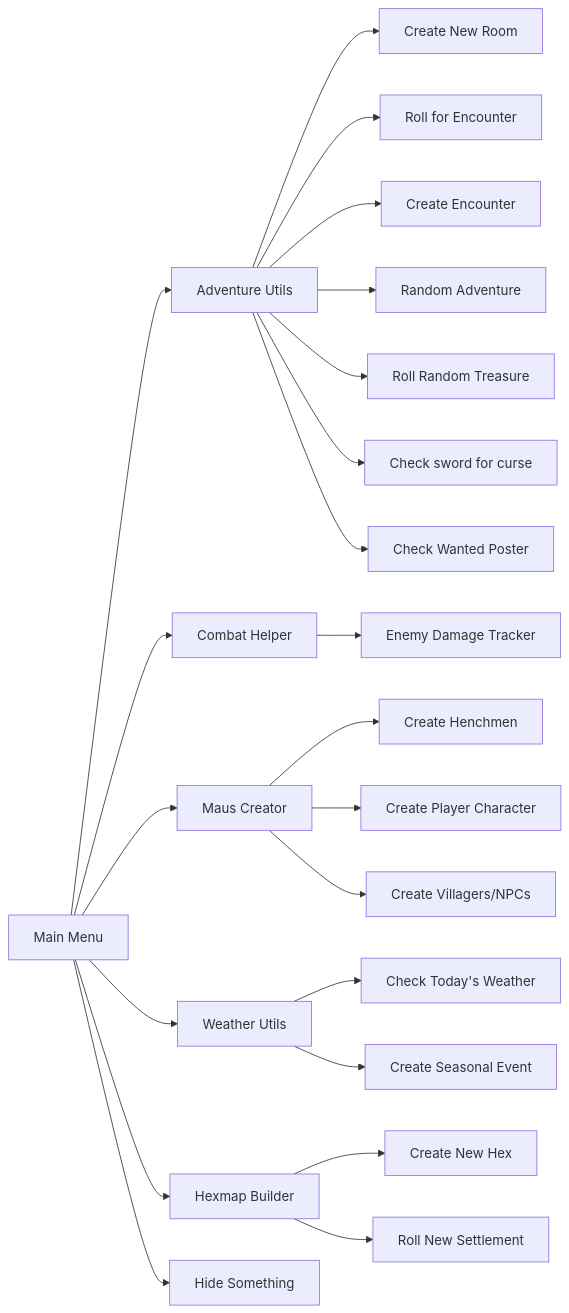
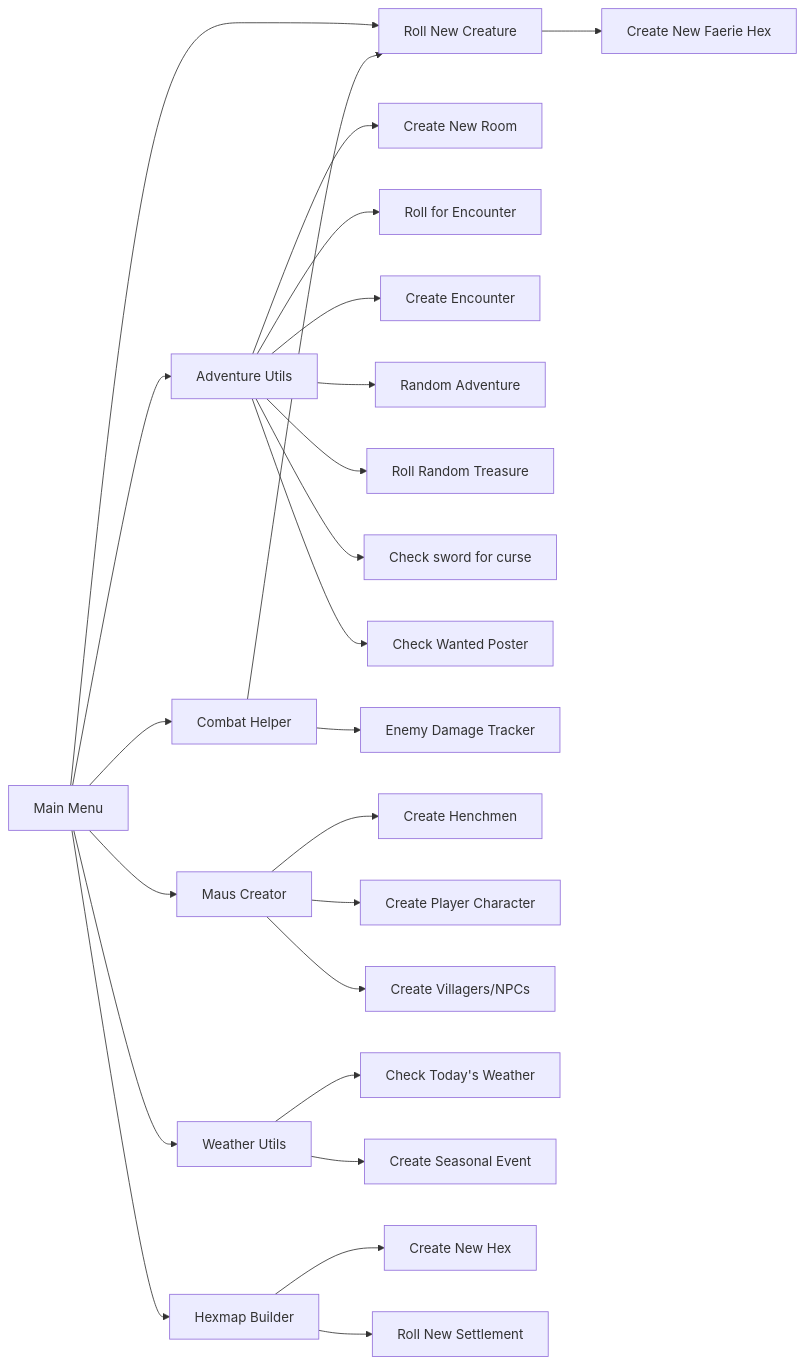
Before and after one commit to barry4356/rpg_helpers_python: the diagram in README.md, drawn with Mermaid.

````diff
--- a/README.md
+++ b/README.md
@@ -15,24 +15,26 @@
 ```mermaid
 flowchart LR
   A[Main Menu] --> B[Adventure Utils]
   A --> C[Combat Helper]
   A --> D[Maus Creator]
   A --> E[Weather Utils]
   A --> F[Hexmap Builder]
   A --> V[Hide Something]
   B --> G[Create New Room]
   B --> H[Roll for Encounter]
   B --> I[Create Encounter]
   B --> J[Random Adventure]
   B --> K[Roll Random Treasure]
   B --> L[Check sword for curse]
   B --> M[Check Wanted Poster]
   C --> N[Enemy Damage Tracker]
+  C --> V[Roll New Creature]
   D --> O[Create Henchmen]
   D --> P[Create Player Character]
   D --> Q[Create Villagers/NPCs]
   E --> R[Check Today's Weather]
   E --> S[Create Seasonal Event]
   F --> T[Create New Hex]
   F --> U[Roll New Settlement]
+  V --> W[Create New Faerie Hex]
 ```
````
